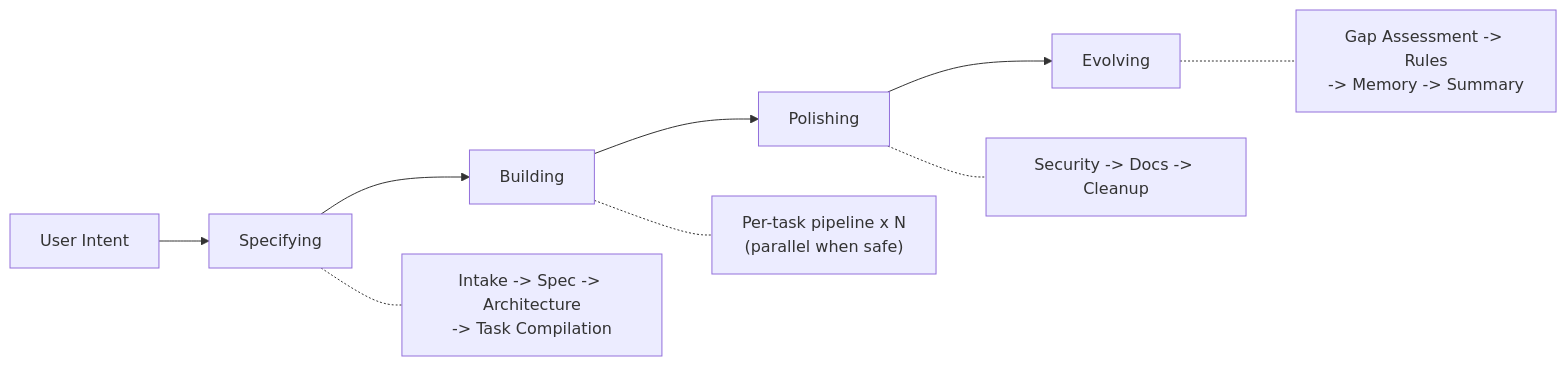
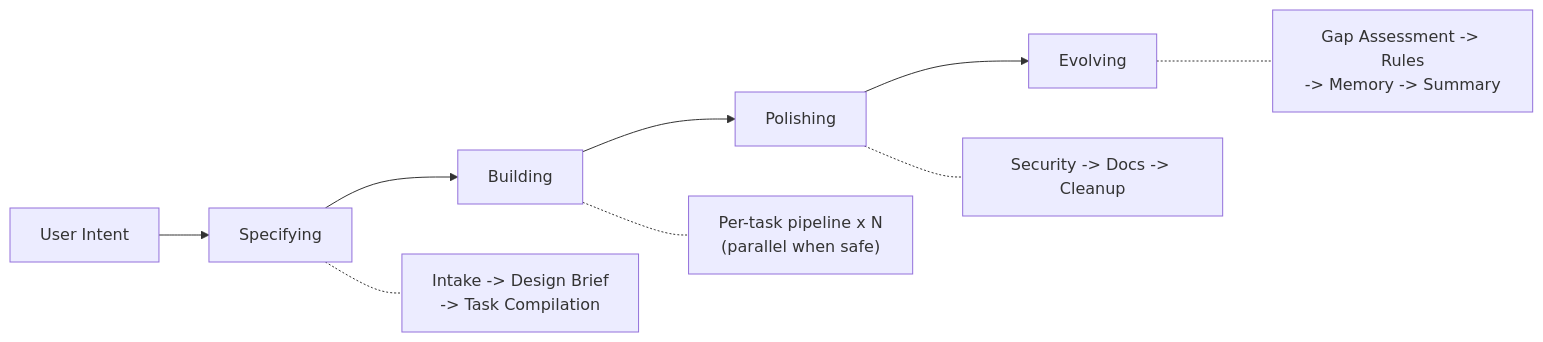
Before and after one commit to choam2426/geas: the diagram in README.md, drawn with Mermaid. The commit also changed 4 other files, not shown here.

````diff
--- a/README.md
+++ b/README.md
@@ -57,12 +57,12 @@
 ```mermaid
 graph LR
     A[User Intent] --> B[Specifying]
     B --> C[Building]
     C --> D[Polishing]
     D --> E[Evolving]
 
-    B -.- B1["Intake -> Spec -> Architecture\n-> Task Compilation"]
+    B -.- B1["Intake -> Design Brief\n-> Task Compilation"]
     C -.- C1["Per-task pipeline x N\n(parallel when safe)"]
     D -.- D1["Security -> Docs -> Cleanup"]
     E -.- E1["Gap Assessment -> Rules\n-> Memory -> Summary"]
 ```
````
